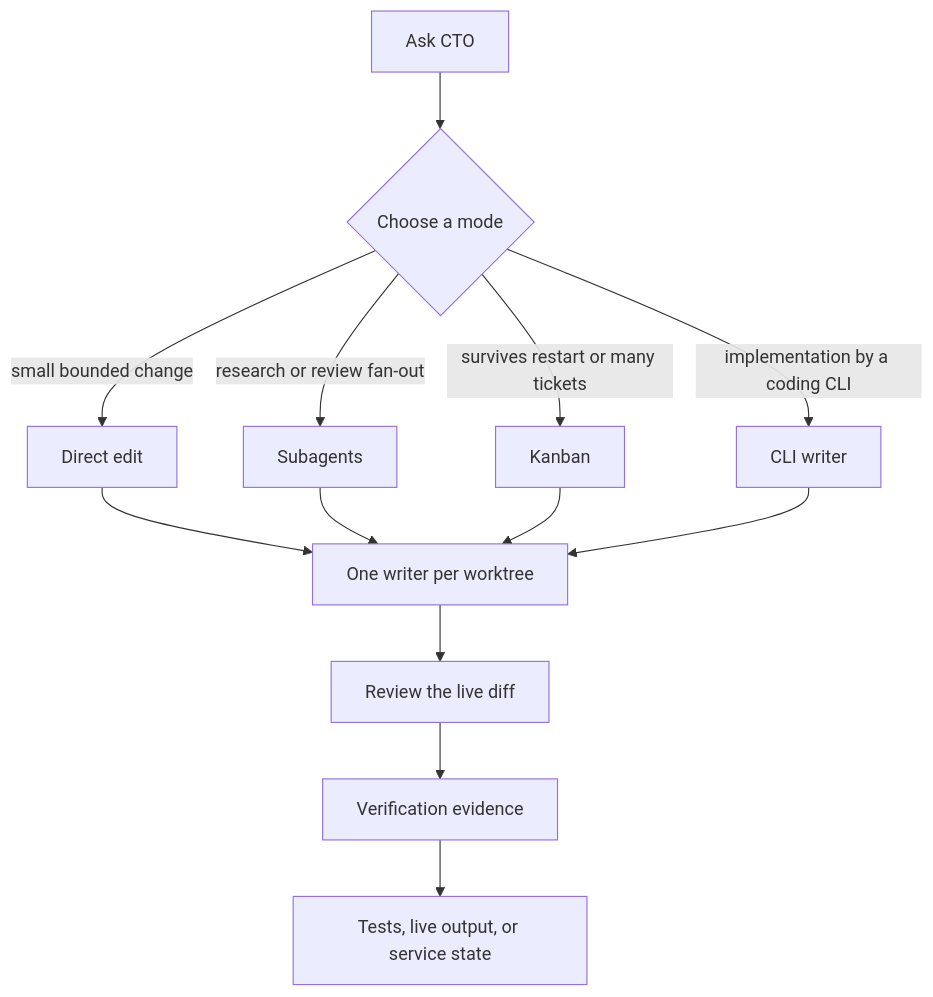
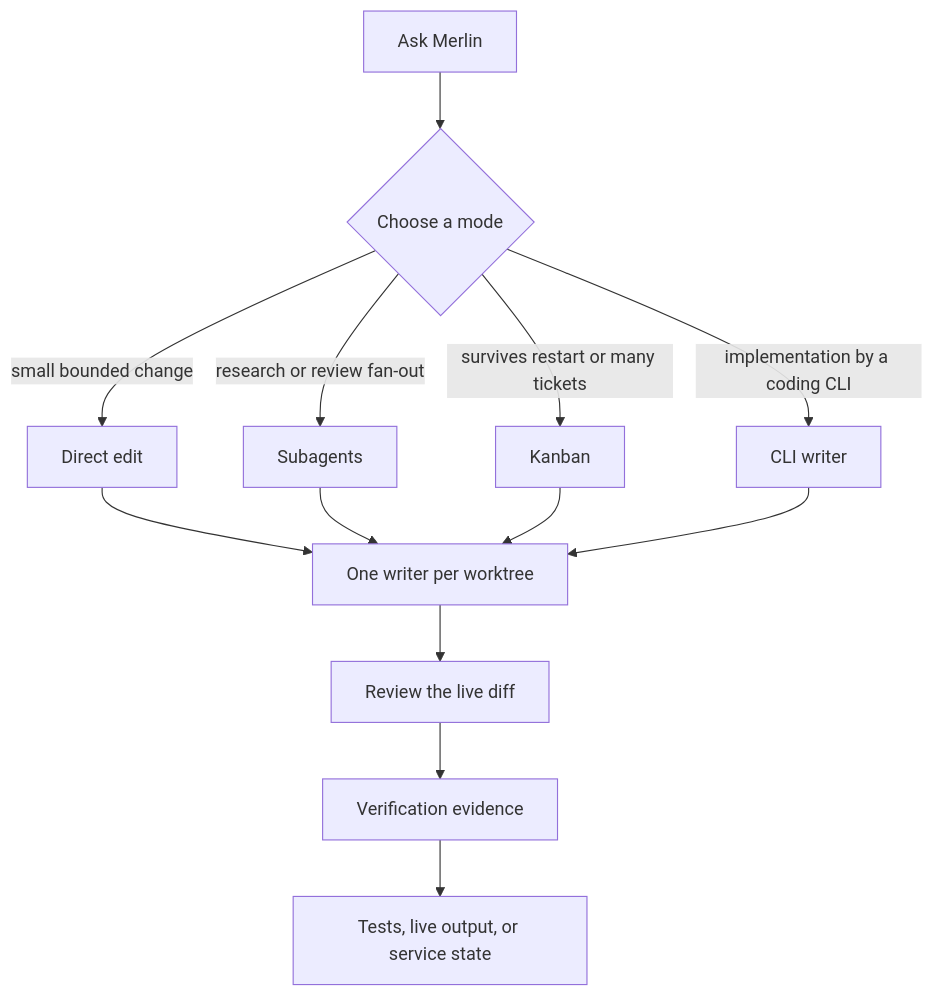
The second of 2 diagrams in README.md (merllinsbeard/merlin-CTO), drawn with Mermaid before and after one commit. The commit also changed other lines of this file and 7 other files, not shown here.

First line of the commit message:
Replace ask-cto with /ask-merlin covering merlin-cto

````diff
--- a/README.md
+++ b/README.md
@@ -57,15 +57,15 @@
 ```mermaid
 flowchart TD
-  A[Ask CTO] --> B{Choose a mode}
+  A[Ask Merlin] --> B{Choose a mode}
   B -->|small bounded change| C[Direct edit]
   B -->|research or review fan-out| D[Subagents]
   B -->|survives restart or many tickets| E[Kanban]
   B -->|implementation by a coding CLI| F[CLI writer]
   C --> G[One writer per worktree]
   D --> G
   E --> G
   F --> G
   G --> H[Review the live diff]
   H --> I[Verification evidence]
   I --> J[Tests, live output, or service state]
 ```
````
